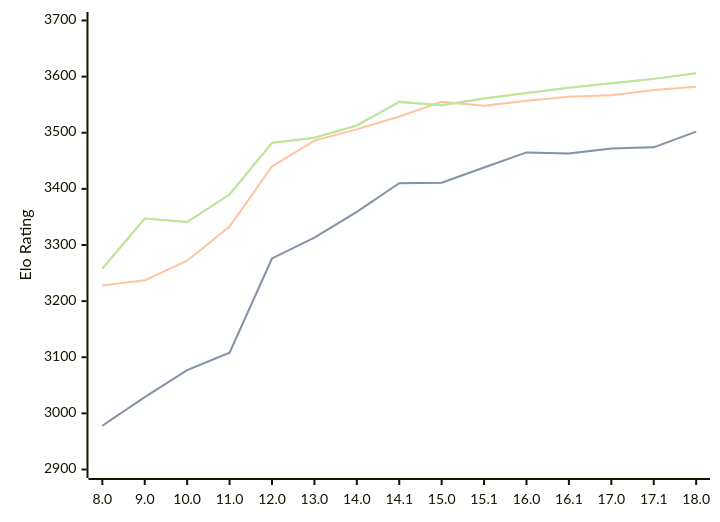
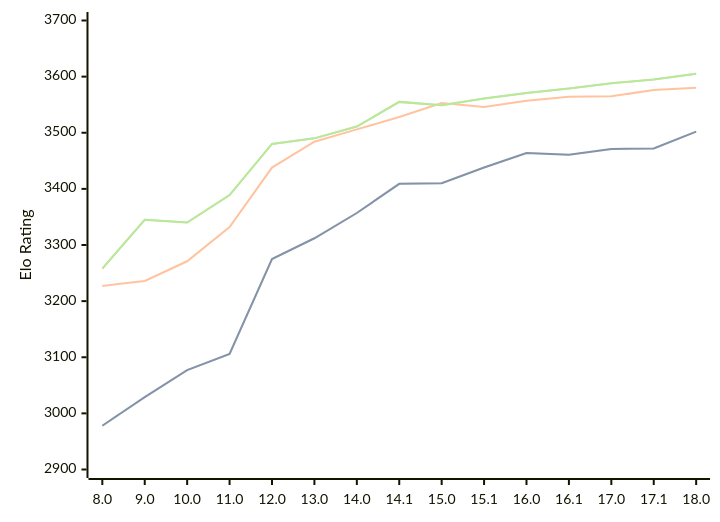
One commit to computer-chess-index/cci changed the first of 3 diagrams in engines/Stockfish.md. Above: the diagram before and after it, drawn with Mermaid. The commit also changed other lines of this file, not shown here.

Commit message:
Update CCI Ratings (ELO VLTC) - 2026-07-15

````diff
--- a/engines/Stockfish.md
+++ b/engines/Stockfish.md
@@ -46,11 +46,11 @@
 ```mermaid
 %%{init: {"theme":"base","themeVariables":{"seriesColors:['#a3a3a3','#222221','#faa371']}}}%%
 xychart-beta
   x-axis ["8.0", "9.0", "10.0", "11.0", "12.0", "13.0", "14.0", "14.1", "15.0", "15.1", "16.0", "16.1", "17.0", "17.1", "18.0"]
   y-axis "Elo Rating" 2900 --> 3700
-  line "STC (8.0+0.08s)" [2978, 3029, 3077, 3108, 3276, 3313, 3359, 3410, 3411, 3438, 3465, 3463, 3472, 3474, 3502]
-  line "STC (8.0+0.08s)" [2978, 3029, 3077, 3108, 3276, 3313, 3359, 3410, 3411, 3438, 3465, 3463, 3472, 3474, 3502]
-  line "LTC (60.0+0.60s)" [3228, 3237, 3272, 3333, 3440, 3486, 3506, 3529, 3555, 3548, 3557, 3564, 3567, 3576, 3582]
-  line "VLTC (2m24s+1.12s)" [3258, 3347, 3341, 3390, 3482, 3491, 3513, 3555, 3549, 3561, 3571, 3580, 3588, 3596, 3606]
-  line "VLTC (2m24s+1.12s)" [3258, 3347, 3341, 3390, 3482, 3491, 3513, 3555, 3549, 3561, 3571, 3580, 3588, 3596, 3606]
+  line "STC (8.0+0.08s)" [2978, 3029, 3077, 3106, 3275, 3312, 3357, 3409, 3410, 3438, 3464, 3461, 3471, 3472, 3502]
+  line "STC (8.0+0.08s)" [2978, 3029, 3077, 3106, 3275, 3312, 3357, 3409, 3410, 3438, 3464, 3461, 3471, 3472, 3502]
+  line "LTC (60.0+0.60s)" [3227, 3236, 3271, 3332, 3438, 3484, 3506, 3528, 3553, 3546, 3557, 3564, 3565, 3576, 3580]
+  line "VLTC (2m24s+1.12s)" [3258, 3345, 3340, 3389, 3480, 3490, 3511, 3555, 3549, 3561, 3571, 3579, 3588, 3595, 3605]
+  line "VLTC (2m24s+1.12s)" [3258, 3345, 3340, 3389, 3480, 3490, 3511, 3555, 3549, 3561, 3571, 3579, 3588, 3595, 3605]
 ```
````
